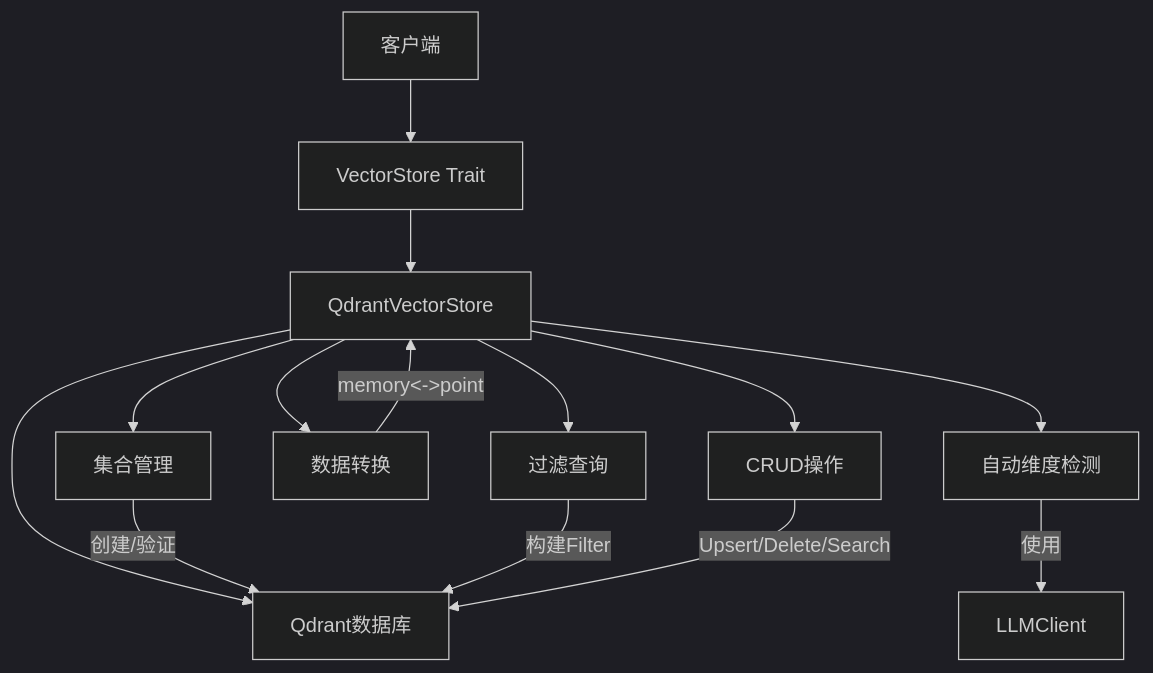
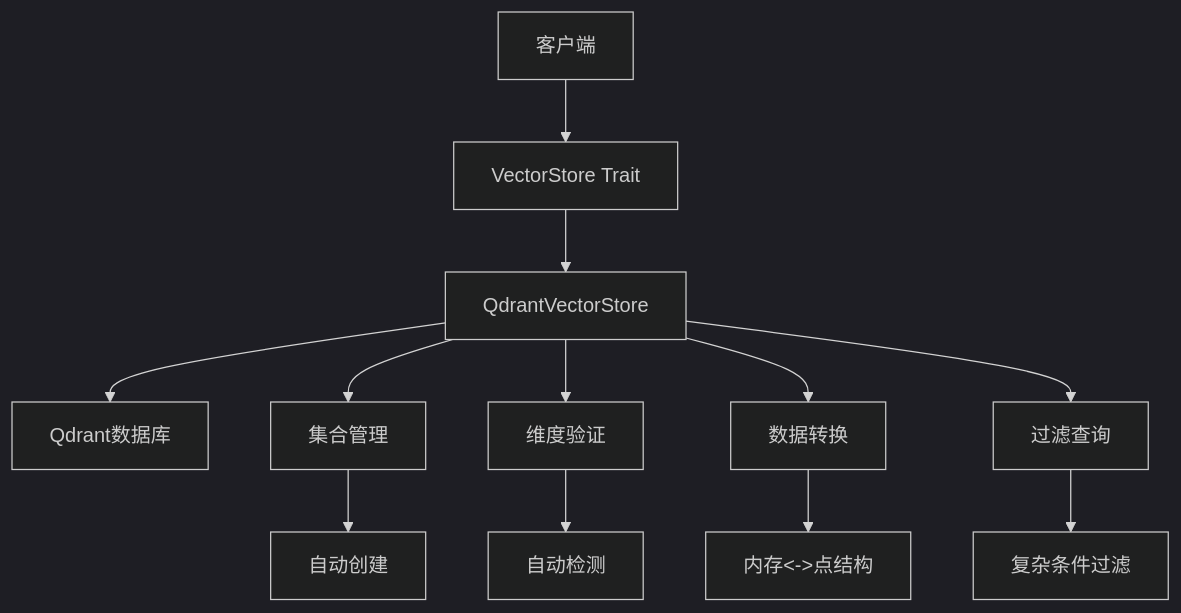
One commit to sopaco/cortex-mem changed the first of 2 diagrams in litho.docs/4、深入探索/向量存储域.md. Above: the diagram before and after it, drawn with Mermaid (dark theme). The commit also changed other lines of this file and 16 other files, not shown here.

````diff
--- a/litho.docs/4、深入探索/向量存储域.md
+++ b/litho.docs/4、深入探索/向量存储域.md
@@ -28,16 +44,14 @@
 ```mermaid
 graph TD
     A[客户端] --> B[VectorStore Trait]
     B --> C[QdrantVectorStore]
     C --> D[Qdrant数据库]
-    C --> E[自动维度检测]
-    C --> F[集合管理]
+    C --> E[集合管理]
+    C --> F[维度验证]
     C --> G[数据转换]
     C --> H[过滤查询]
-    C --> I[CRUD操作]
-    E -->|使用| J[LLMClient]
-    F -->|创建/验证| D
-    G -->|memory<->point| C
-    H -->|构建Filter| D
-    I -->|Upsert/Delete/Search| D
+    E --> I[自动创建]
+    F --> J[自动检测]
+    G --> K[内存<->点结构]
+    H --> L[复杂条件过滤]
 ```
````
